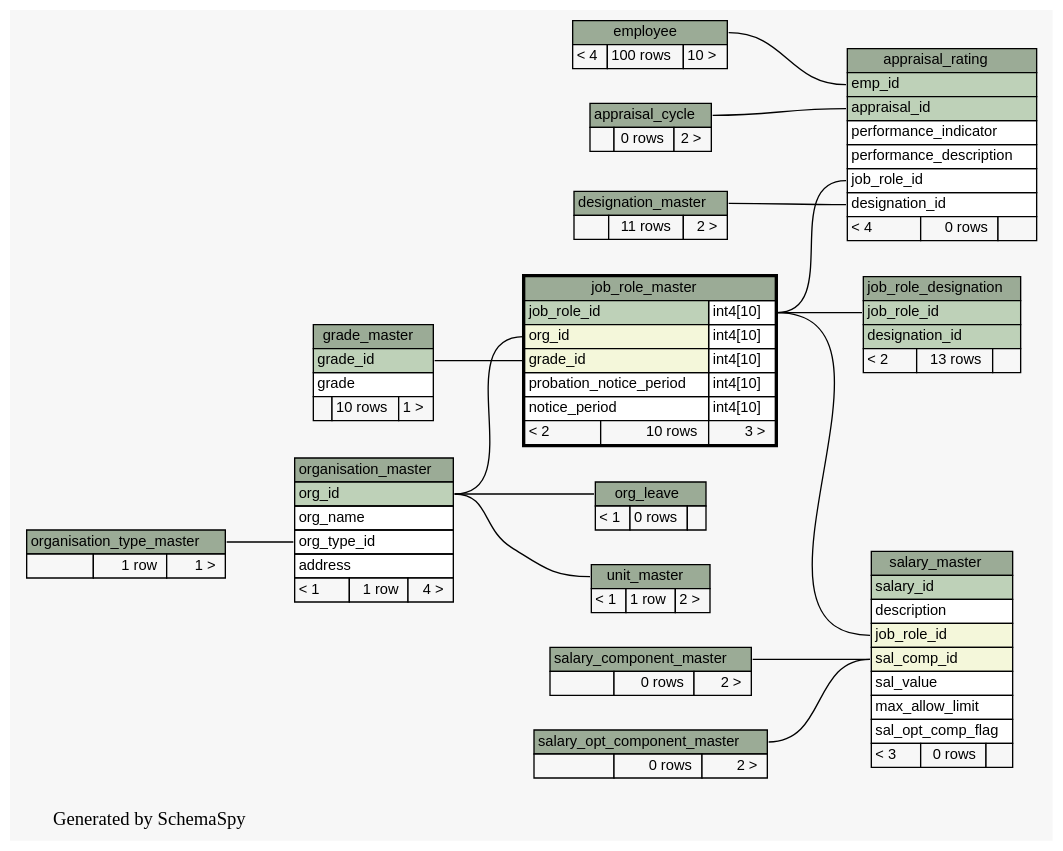
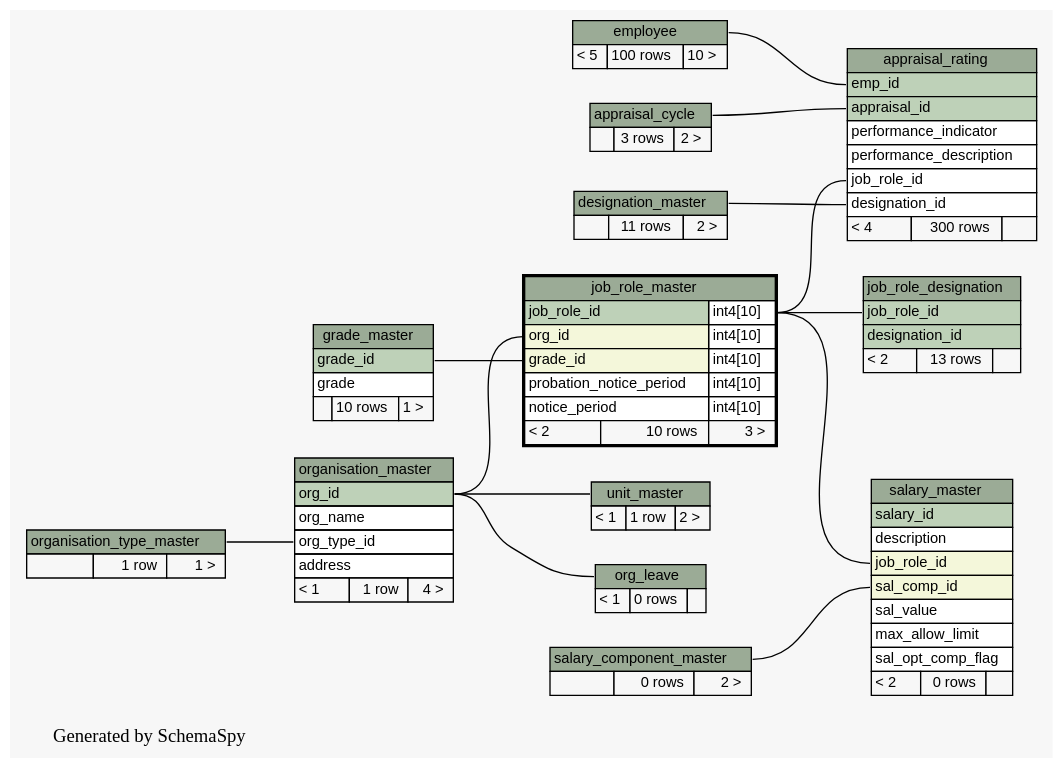
The diagram in docs/database/schemaspy/graphs/job_role_master.2degrees.dot (engineerscraft/hrms), drawn with Graphviz before and after one commit. The commit also changed 204 other files, not shown here.

```diff
--- a/docs/database/schemaspy/graphs/job_role_master.2degrees.dot
+++ b/docs/database/schemaspy/graphs/job_role_master.2degrees.dot
@@ -1,182 +1,172 @@
 // dot 2.38.0 on Windows 7 6.1
 digraph "twoDegreesRelationshipsGraph" {
   graph [
     rankdir="RL"
     bgcolor="#f7f7f7"
     label="\nGenerated by SchemaSpy"
     labeljust="l"
   ];
   node [
     fontname="Helvetica"
     fontsize="11"
     shape="plaintext"
   ];
   edge [
     arrowsize="0.8"
   ];
   "appraisal_rating":"appraisal_id":w -> "appraisal_cycle":"appraisal_cycle.heading":e [arrowtail=crowtee arrowhead=none];
   "appraisal_rating":"designation_id":w -> "designation_master":"designation_master.heading":e [arrowtail=crowodot arrowhead=none];
   "appraisal_rating":"emp_id":w -> "employee":"employee.heading":e [arrowtail=crowtee arrowhead=none];
   "appraisal_rating":"job_role_id":w -> "job_role_master":"job_role_id.type":e [arrowtail=crowodot arrowhead=none];
   "job_role_designation":"job_role_id":w -> "job_role_master":"job_role_id.type":e [arrowtail=crowtee arrowhead=none];
   "job_role_master":"grade_id":w -> "grade_master":"grade_id":e [arrowtail=crowtee arrowhead=none];
   "job_role_master":"org_id":w -> "organisation_master":"org_id":e [arrowtail=crowtee arrowhead=none];
   "org_leave":"org_leave.heading":w -> "organisation_master":"org_id":e [arrowtail=crowodot arrowhead=none];
   "organisation_master":"org_type_id":w -> "organisation_type_master":"organisation_type_master.heading":e [arrowtail=crowodot arrowhead=none];
   "salary_master":"job_role_id":w -> "job_role_master":"job_role_id.type":e [arrowtail=crowtee arrowhead=none];
   "salary_master":"sal_comp_id":w -> "salary_component_master":"salary_component_master.heading":e [arrowtail=crowtee arrowhead=none];
-  "salary_master":"sal_comp_id":w -> "salary_opt_component_master":"salary_opt_component_master.heading":e [arrowtail=crowtee arrowhead=none];
   "unit_master":"unit_master.heading":w -> "organisation_master":"org_id":e [arrowtail=crowodot arrowhead=none];
   "appraisal_cycle" [
     label=<
     <TABLE BORDER="0" CELLBORDER="1" CELLSPACING="0" BGCOLOR="#ffffff">
       <TR><TD PORT="appraisal_cycle.heading" COLSPAN="3" BGCOLOR="#9bab96" ALIGN="CENTER">appraisal_cycle</TD></TR>
-      <TR><TD ALIGN="LEFT" BGCOLOR="#f7f7f7">  </TD><TD ALIGN="RIGHT" BGCOLOR="#f7f7f7">0 rows</TD><TD ALIGN="RIGHT" BGCOLOR="#f7f7f7">2 &gt;</TD></TR>
+      <TR><TD ALIGN="LEFT" BGCOLOR="#f7f7f7">  </TD><TD ALIGN="RIGHT" BGCOLOR="#f7f7f7">3 rows</TD><TD ALIGN="RIGHT" BGCOLOR="#f7f7f7">2 &gt;</TD></TR>
     </TABLE>>
     URL="appraisal_cycle.html#graph"
     tooltip="appraisal_cycle"
   ];
   "appraisal_rating" [
     label=<
     <TABLE BORDER="0" CELLBORDER="1" CELLSPACING="0" BGCOLOR="#ffffff">
       <TR><TD PORT="appraisal_rating.heading" COLSPAN="3" BGCOLOR="#9bab96" ALIGN="CENTER">appraisal_rating</TD></TR>
       <TR><TD PORT="emp_id" COLSPAN="3" BGCOLOR="#bed1b8" ALIGN="LEFT">emp_id</TD></TR>
       <TR><TD PORT="appraisal_id" COLSPAN="3" BGCOLOR="#bed1b8" ALIGN="LEFT">appraisal_id</TD></TR>
       <TR><TD PORT="performance_indicator" COLSPAN="3" ALIGN="LEFT">performance_indicator</TD></TR>
       <TR><TD PORT="performance_description" COLSPAN="3" ALIGN="LEFT">performance_description</TD></TR>
       <TR><TD PORT="job_role_id" COLSPAN="3" ALIGN="LEFT">job_role_id</TD></TR>
       <TR><TD PORT="designation_id" COLSPAN="3" ALIGN="LEFT">designation_id</TD></TR>
-      <TR><TD ALIGN="LEFT" BGCOLOR="#f7f7f7">&lt; 4</TD><TD ALIGN="RIGHT" BGCOLOR="#f7f7f7">0 rows</TD><TD ALIGN="RIGHT" BGCOLOR="#f7f7f7">  </TD></TR>
+      <TR><TD ALIGN="LEFT" BGCOLOR="#f7f7f7">&lt; 4</TD><TD ALIGN="RIGHT" BGCOLOR="#f7f7f7">300 rows</TD><TD ALIGN="RIGHT" BGCOLOR="#f7f7f7">  </TD></TR>
     </TABLE>>
     URL="appraisal_rating.html#graph"
     tooltip="appraisal_rating"
   ];
   "designation_master" [
     label=<
     <TABLE BORDER="0" CELLBORDER="1" CELLSPACING="0" BGCOLOR="#ffffff">
       <TR><TD PORT="designation_master.heading" COLSPAN="3" BGCOLOR="#9bab96" ALIGN="CENTER">designation_master</TD></TR>
       <TR><TD ALIGN="LEFT" BGCOLOR="#f7f7f7">  </TD><TD ALIGN="RIGHT" BGCOLOR="#f7f7f7">11 rows</TD><TD ALIGN="RIGHT" BGCOLOR="#f7f7f7">2 &gt;</TD></TR>
     </TABLE>>
     URL="designation_master.html#graph"
     tooltip="designation_master"
   ];
   "employee" [
     label=<
     <TABLE BORDER="0" CELLBORDER="1" CELLSPACING="0" BGCOLOR="#ffffff">
       <TR><TD PORT="employee.heading" COLSPAN="3" BGCOLOR="#9bab96" ALIGN="CENTER">employee</TD></TR>
-      <TR><TD ALIGN="LEFT" BGCOLOR="#f7f7f7">&lt; 4</TD><TD ALIGN="RIGHT" BGCOLOR="#f7f7f7">100 rows</TD><TD ALIGN="RIGHT" BGCOLOR="#f7f7f7">10 &gt;</TD></TR>
+      <TR><TD ALIGN="LEFT" BGCOLOR="#f7f7f7">&lt; 5</TD><TD ALIGN="RIGHT" BGCOLOR="#f7f7f7">100 rows</TD><TD ALIGN="RIGHT" BGCOLOR="#f7f7f7">10 &gt;</TD></TR>
     </TABLE>>
     URL="employee.html#graph"
     tooltip="employee"
   ];
   "grade_master" [
     label=<
     <TABLE BORDER="0" CELLBORDER="1" CELLSPACING="0" BGCOLOR="#ffffff">
       <TR><TD PORT="grade_master.heading" COLSPAN="3" BGCOLOR="#9bab96" ALIGN="CENTER">grade_master</TD></TR>
       <TR><TD PORT="grade_id" COLSPAN="3" BGCOLOR="#bed1b8" ALIGN="LEFT">grade_id</TD></TR>
       <TR><TD PORT="grade" COLSPAN="3" ALIGN="LEFT">grade</TD></TR>
       <TR><TD ALIGN="LEFT" BGCOLOR="#f7f7f7">  </TD><TD ALIGN="RIGHT" BGCOLOR="#f7f7f7">10 rows</TD><TD ALIGN="RIGHT" BGCOLOR="#f7f7f7">1 &gt;</TD></TR>
     </TABLE>>
     URL="grade_master.html#graph"
     tooltip="grade_master"
   ];
   "job_role_designation" [
     label=<
     <TABLE BORDER="0" CELLBORDER="1" CELLSPACING="0" BGCOLOR="#ffffff">
       <TR><TD PORT="job_role_designation.heading" COLSPAN="3" BGCOLOR="#9bab96" ALIGN="CENTER">job_role_designation</TD></TR>
       <TR><TD PORT="job_role_id" COLSPAN="3" BGCOLOR="#bed1b8" ALIGN="LEFT">job_role_id</TD></TR>
       <TR><TD PORT="designation_id" COLSPAN="3" BGCOLOR="#bed1b8" ALIGN="LEFT">designation_id</TD></TR>
       <TR><TD ALIGN="LEFT" BGCOLOR="#f7f7f7">&lt; 2</TD><TD ALIGN="RIGHT" BGCOLOR="#f7f7f7">13 rows</TD><TD ALIGN="RIGHT" BGCOLOR="#f7f7f7">  </TD></TR>
     </TABLE>>
     URL="job_role_designation.html#graph"
     tooltip="job_role_designation"
   ];
   "job_role_master" [
     label=<
     <TABLE BORDER="2" CELLBORDER="1" CELLSPACING="0" BGCOLOR="#ffffff">
       <TR><TD PORT="job_role_master.heading" COLSPAN="3" BGCOLOR="#9bab96" ALIGN="CENTER">job_role_master</TD></TR>
       <TR><TD PORT="job_role_id" COLSPAN="2" BGCOLOR="#bed1b8" ALIGN="LEFT">job_role_id</TD><TD PORT="job_role_id.type" ALIGN="LEFT">int4[10]</TD></TR>
       <TR><TD PORT="org_id" COLSPAN="2" BGCOLOR="#f4f7da" ALIGN="LEFT">org_id</TD><TD PORT="org_id.type" ALIGN="LEFT">int4[10]</TD></TR>
       <TR><TD PORT="grade_id" COLSPAN="2" BGCOLOR="#f4f7da" ALIGN="LEFT">grade_id</TD><TD PORT="grade_id.type" ALIGN="LEFT">int4[10]</TD></TR>
       <TR><TD PORT="probation_notice_period" COLSPAN="2" ALIGN="LEFT">probation_notice_period</TD><TD PORT="probation_notice_period.type" ALIGN="LEFT">int4[10]</TD></TR>
       <TR><TD PORT="notice_period" COLSPAN="2" ALIGN="LEFT">notice_period</TD><TD PORT="notice_period.type" ALIGN="LEFT">int4[10]</TD></TR>
       <TR><TD ALIGN="LEFT" BGCOLOR="#f7f7f7">&lt; 2</TD><TD ALIGN="RIGHT" BGCOLOR="#f7f7f7">10 rows</TD><TD ALIGN="RIGHT" BGCOLOR="#f7f7f7">3 &gt;</TD></TR>
     </TABLE>>
     URL="job_role_master.html#"
     tooltip="job_role_master"
   ];
   "org_leave" [
     label=<
     <TABLE BORDER="0" CELLBORDER="1" CELLSPACING="0" BGCOLOR="#ffffff">
       <TR><TD PORT="org_leave.heading" COLSPAN="3" BGCOLOR="#9bab96" ALIGN="CENTER">org_leave</TD></TR>
       <TR><TD ALIGN="LEFT" BGCOLOR="#f7f7f7">&lt; 1</TD><TD ALIGN="RIGHT" BGCOLOR="#f7f7f7">0 rows</TD><TD ALIGN="RIGHT" BGCOLOR="#f7f7f7">  </TD></TR>
     </TABLE>>
     URL="org_leave.html#graph"
     tooltip="org_leave"
   ];
   "organisation_master" [
     label=<
     <TABLE BORDER="0" CELLBORDER="1" CELLSPACING="0" BGCOLOR="#ffffff">
       <TR><TD PORT="organisation_master.heading" COLSPAN="3" BGCOLOR="#9bab96" ALIGN="CENTER">organisation_master</TD></TR>
       <TR><TD PORT="org_id" COLSPAN="3" BGCOLOR="#bed1b8" ALIGN="LEFT">org_id</TD></TR>
       <TR><TD PORT="org_name" COLSPAN="3" ALIGN="LEFT">org_name</TD></TR>
       <TR><TD PORT="org_type_id" COLSPAN="3" ALIGN="LEFT">org_type_id</TD></TR>
       <TR><TD PORT="address" COLSPAN="3" ALIGN="LEFT">address</TD></TR>
       <TR><TD ALIGN="LEFT" BGCOLOR="#f7f7f7">&lt; 1</TD><TD ALIGN="RIGHT" BGCOLOR="#f7f7f7">1 row</TD><TD ALIGN="RIGHT" BGCOLOR="#f7f7f7">4 &gt;</TD></TR>
     </TABLE>>
     URL="organisation_master.html#graph"
     tooltip="organisation_master"
   ];
   "organisation_type_master" [
     label=<
     <TABLE BORDER="0" CELLBORDER="1" CELLSPACING="0" BGCOLOR="#ffffff">
       <TR><TD PORT="organisation_type_master.heading" COLSPAN="3" BGCOLOR="#9bab96" ALIGN="CENTER">organisation_type_master</TD></TR>
       <TR><TD ALIGN="LEFT" BGCOLOR="#f7f7f7">  </TD><TD ALIGN="RIGHT" BGCOLOR="#f7f7f7">1 row</TD><TD ALIGN="RIGHT" BGCOLOR="#f7f7f7">1 &gt;</TD></TR>
     </TABLE>>
     URL="organisation_type_master.html#graph"
     tooltip="organisation_type_master"
   ];
   "salary_component_master" [
     label=<
     <TABLE BORDER="0" CELLBORDER="1" CELLSPACING="0" BGCOLOR="#ffffff">
       <TR><TD PORT="salary_component_master.heading" COLSPAN="3" BGCOLOR="#9bab96" ALIGN="CENTER">salary_component_master</TD></TR>
       <TR><TD ALIGN="LEFT" BGCOLOR="#f7f7f7">  </TD><TD ALIGN="RIGHT" BGCOLOR="#f7f7f7">0 rows</TD><TD ALIGN="RIGHT" BGCOLOR="#f7f7f7">2 &gt;</TD></TR>
     </TABLE>>
     URL="salary_component_master.html#graph"
     tooltip="salary_component_master"
   ];
   "salary_master" [
     label=<
     <TABLE BORDER="0" CELLBORDER="1" CELLSPACING="0" BGCOLOR="#ffffff">
       <TR><TD PORT="salary_master.heading" COLSPAN="3" BGCOLOR="#9bab96" ALIGN="CENTER">salary_master</TD></TR>
       <TR><TD PORT="salary_id" COLSPAN="3" BGCOLOR="#bed1b8" ALIGN="LEFT">salary_id</TD></TR>
       <TR><TD PORT="description" COLSPAN="3" ALIGN="LEFT">description</TD></TR>
       <TR><TD PORT="job_role_id" COLSPAN="3" BGCOLOR="#f4f7da" ALIGN="LEFT">job_role_id</TD></TR>
       <TR><TD PORT="sal_comp_id" COLSPAN="3" BGCOLOR="#f4f7da" ALIGN="LEFT">sal_comp_id</TD></TR>
       <TR><TD PORT="sal_value" COLSPAN="3" ALIGN="LEFT">sal_value</TD></TR>
       <TR><TD PORT="max_allow_limit" COLSPAN="3" ALIGN="LEFT">max_allow_limit</TD></TR>
       <TR><TD PORT="sal_opt_comp_flag" COLSPAN="3" ALIGN="LEFT">sal_opt_comp_flag</TD></TR>
-      <TR><TD ALIGN="LEFT" BGCOLOR="#f7f7f7">&lt; 3</TD><TD ALIGN="RIGHT" BGCOLOR="#f7f7f7">0 rows</TD><TD ALIGN="RIGHT" BGCOLOR="#f7f7f7">  </TD></TR>
+      <TR><TD ALIGN="LEFT" BGCOLOR="#f7f7f7">&lt; 2</TD><TD ALIGN="RIGHT" BGCOLOR="#f7f7f7">0 rows</TD><TD ALIGN="RIGHT" BGCOLOR="#f7f7f7">  </TD></TR>
     </TABLE>>
     URL="salary_master.html#graph"
     tooltip="salary_master"
-  ];
-  "salary_opt_component_master" [
-    label=<
-    <TABLE BORDER="0" CELLBORDER="1" CELLSPACING="0" BGCOLOR="#ffffff">
-      <TR><TD PORT="salary_opt_component_master.heading" COLSPAN="3" BGCOLOR="#9bab96" ALIGN="CENTER">salary_opt_component_master</TD></TR>
-      <TR><TD ALIGN="LEFT" BGCOLOR="#f7f7f7">  </TD><TD ALIGN="RIGHT" BGCOLOR="#f7f7f7">0 rows</TD><TD ALIGN="RIGHT" BGCOLOR="#f7f7f7">2 &gt;</TD></TR>
-    </TABLE>>
-    URL="salary_opt_component_master.html#graph"
-    tooltip="salary_opt_component_master"
   ];
   "unit_master" [
     label=<
     <TABLE BORDER="0" CELLBORDER="1" CELLSPACING="0" BGCOLOR="#ffffff">
       <TR><TD PORT="unit_master.heading" COLSPAN="3" BGCOLOR="#9bab96" ALIGN="CENTER">unit_master</TD></TR>
       <TR><TD ALIGN="LEFT" BGCOLOR="#f7f7f7">&lt; 1</TD><TD ALIGN="RIGHT" BGCOLOR="#f7f7f7">1 row</TD><TD ALIGN="RIGHT" BGCOLOR="#f7f7f7">2 &gt;</TD></TR>
     </TABLE>>
     URL="unit_master.html#graph"
     tooltip="unit_master"
   ];
 }
```
